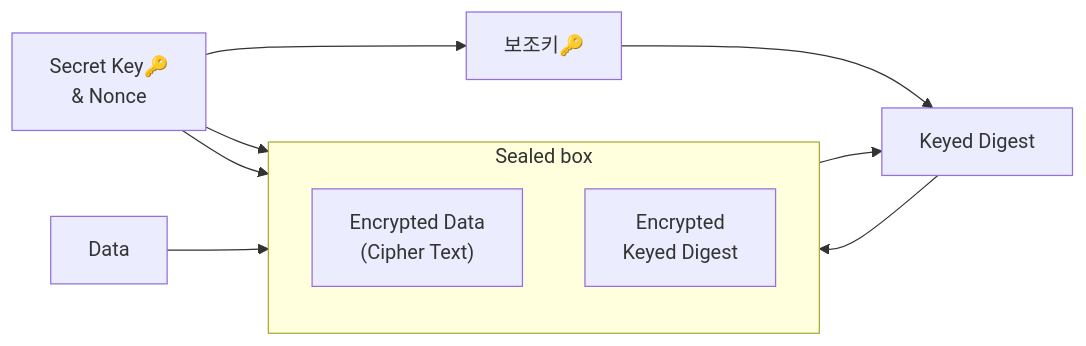
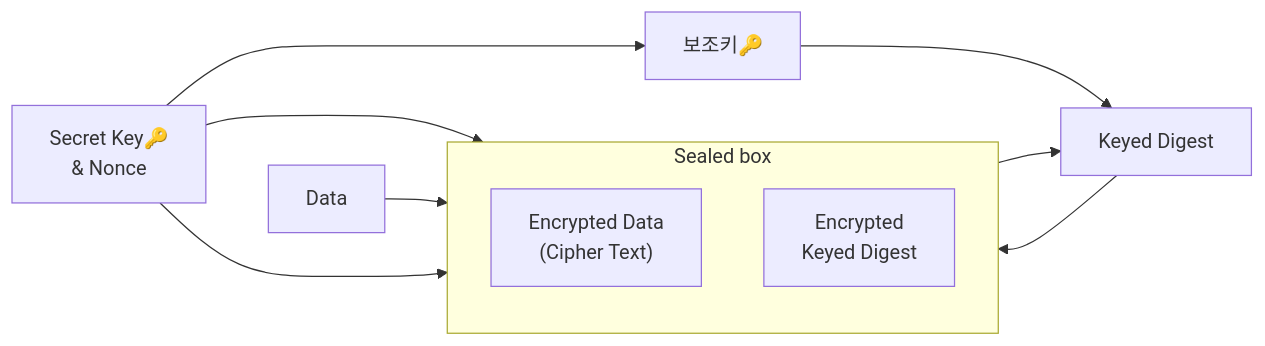
Before and after one commit to redxoul/redxoul.github.io: the second of 2 diagrams in _posts/2023-09-14-CryptoKit-1-HMAC-AEAD.md, drawn with Mermaid. The commit also changed 4 other files, not shown here.

````diff
--- a/_posts/2023-09-14-CryptoKit-1-HMAC-AEAD.md
+++ b/_posts/2023-09-14-CryptoKit-1-HMAC-AEAD.md
@@ -182,29 +182,29 @@
 ```mermaid
 graph LR
 
     subgraph Sealed box
     
     direction TB
     
     EncryptedData["Encrypted Data\n(Cipher Text)"]
     
     EncryptedKeyedDigest["Encrypted\nKeyed Digest"]
 
 end
 
   
 
-SecretKeyAndNonce["Secret Key🔑\n& Nonce"] --> EncryptedData
+SecretKeyAndNonce["Secret Key🔑\n& Nonce"] ---> EncryptedData
 
 Data --> EncryptedData
 
 SecretKeyAndNonce --> SecondaryKey["보조키🔑"]
 
 EncryptedData --> KeyedDigest["Keyed Digest"]
 
 SecondaryKey --> KeyedDigest
 
 KeyedDigest --> EncryptedKeyedDigest
 
 SecretKeyAndNonce --> EncryptedKeyedDigest
 ```
````
